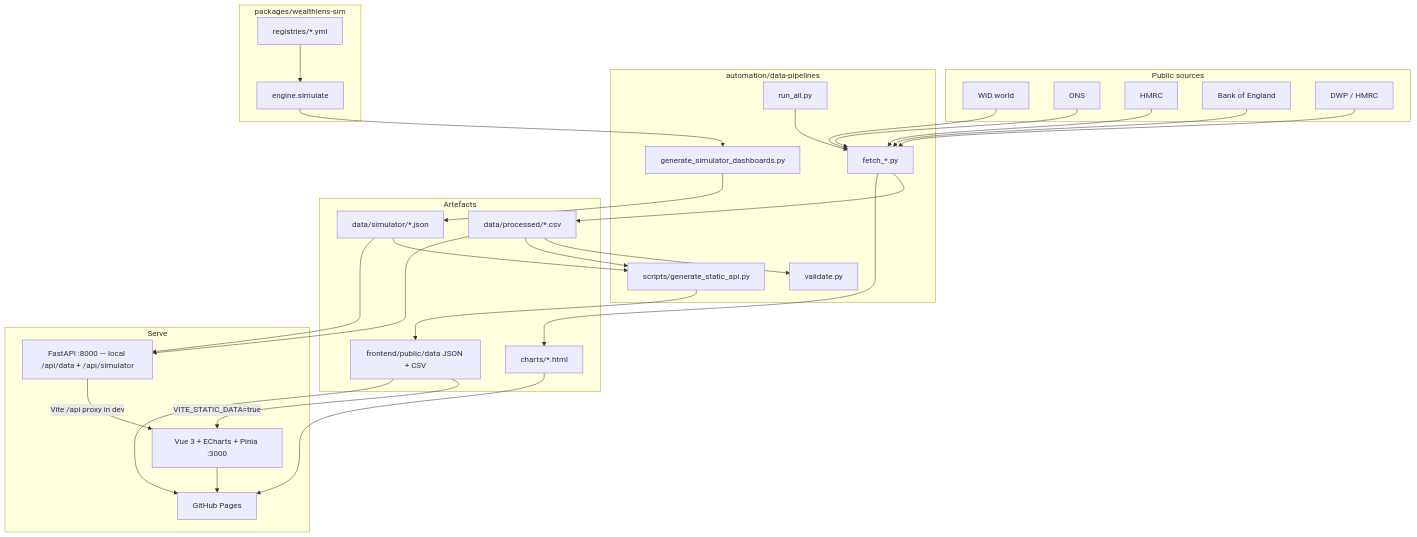
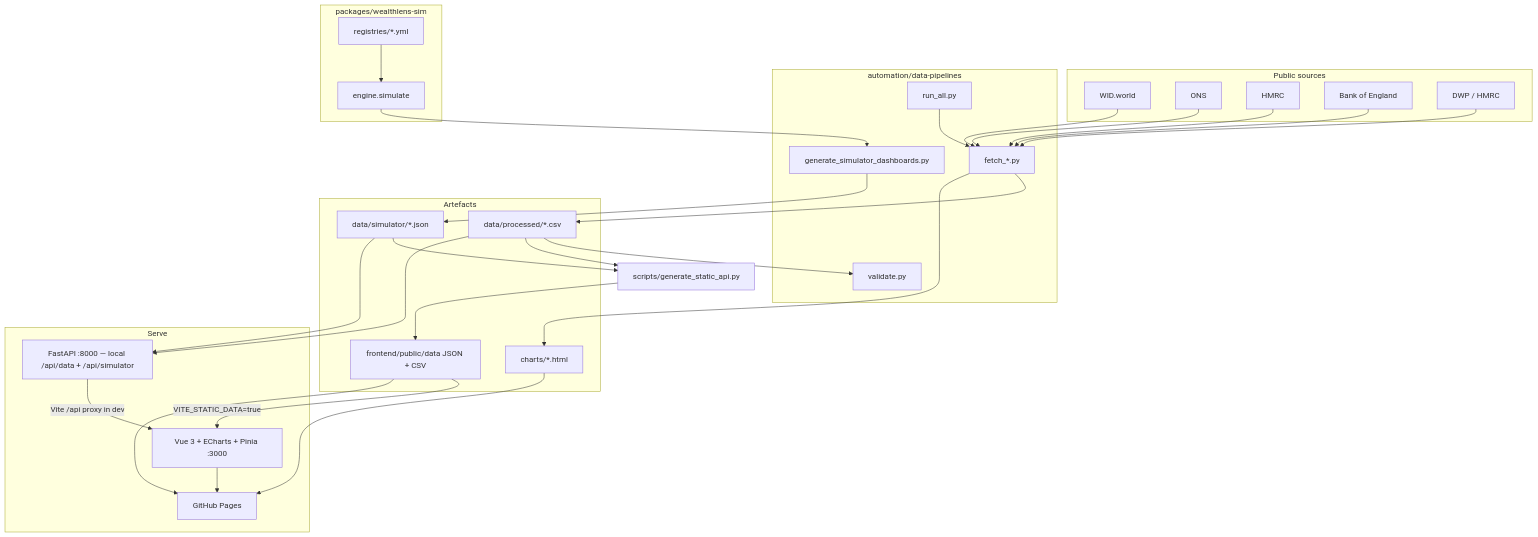
One commit to Chris0Jeky/wealthlens-hq changed the diagram in README.md. Above: the diagram before and after it, drawn with Mermaid.

Commit message:
docs: put generate_static_api.py on its real path in mermaid

````diff
--- a/README.md
+++ b/README.md
@@ -60,59 +60,60 @@
 ```mermaid
 flowchart TB
   subgraph sources [Public sources]
     WID[WID.world]
     ONS[ONS]
     HMRC[HMRC]
     BOE[Bank of England]
     DWP[DWP / HMRC]
   end
 
   subgraph pipelines ["automation/data-pipelines"]
     FETCH["fetch_*.py"]
     RUN[run_all.py]
     VAL[validate.py]
     SIMGEN[generate_simulator_dashboards.py]
-    STATIC[scripts/generate_static_api.py]
   end
+
+  STATIC["scripts/generate_static_api.py"]
 
   subgraph sim ["packages/wealthlens-sim"]
     REG["registries/*.yml"]
     ENGINE["engine.simulate"]
   end
 
   subgraph artefacts [Artefacts]
     CSV["data/processed/*.csv"]
     PLOTLY["charts/*.html"]
     SIMJSON["data/simulator/*.json"]
     PUBLIC["frontend/public/data JSON + CSV"]
   end
 
   subgraph serve [Serve]
     API["FastAPI :8000 — local /api/data + /api/simulator"]
     VUE["Vue 3 + ECharts + Pinia :3000"]
     PAGES[GitHub Pages]
   end
 
   WID --> FETCH
   ONS --> FETCH
   HMRC --> FETCH
   BOE --> FETCH
   DWP --> FETCH
   RUN --> FETCH
   FETCH --> CSV
   FETCH --> PLOTLY
   CSV --> VAL
   REG --> ENGINE
   ENGINE --> SIMGEN
   SIMGEN --> SIMJSON
   CSV --> STATIC
   SIMJSON --> STATIC
   STATIC --> PUBLIC
   CSV --> API
   SIMJSON --> API
   API -->|Vite /api proxy in dev| VUE
   PUBLIC -->|VITE_STATIC_DATA=true| VUE
   VUE --> PAGES
   PLOTLY --> PAGES
   PUBLIC --> PAGES
 ```
````
